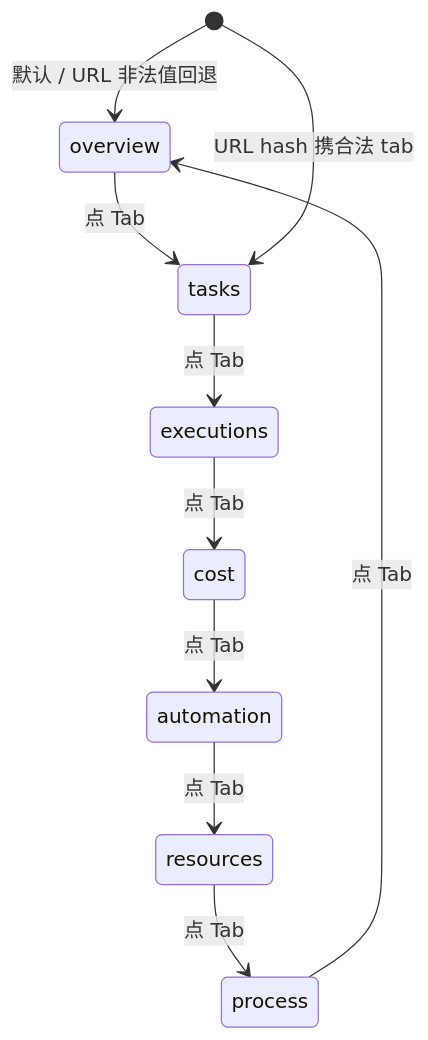
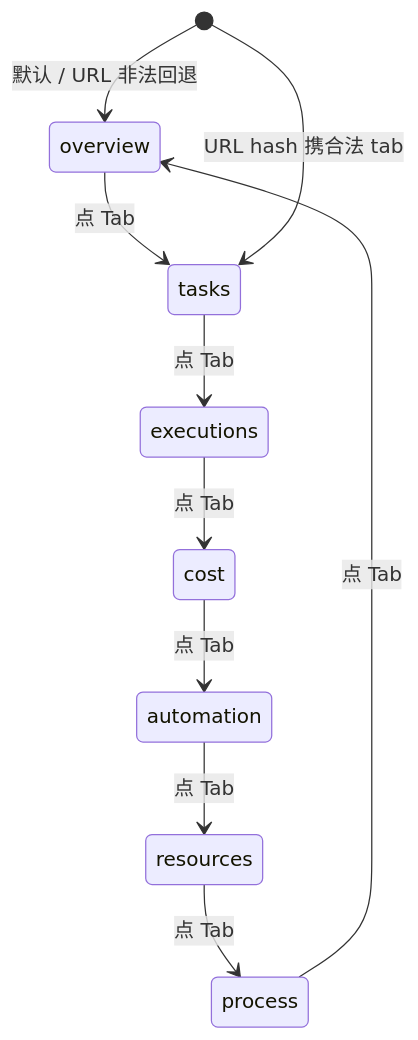
One commit to weibaohui/ntd changed the diagram in frontend/src/help/pages/dashboard-tab-switch.md. Above: the diagram before and after it, drawn with Mermaid. The commit also changed other lines of this file and 9 other files, not shown here.

````diff
--- a/frontend/src/help/pages/dashboard-tab-switch.md
+++ b/frontend/src/help/pages/dashboard-tab-switch.md
@@ -65,12 +23,12 @@
 ```mermaid
 stateDiagram-v2
-  [*] --> overview: 默认 / URL 非法值回退
+  [*] --> overview: 默认 / URL 非法回退
   overview --> tasks: 点 Tab
   tasks --> executions: 点 Tab
   executions --> cost: 点 Tab
   cost --> automation: 点 Tab
   automation --> resources: 点 Tab
   resources --> process: 点 Tab
   process --> overview: 点 Tab
   [*] --> tasks: URL hash 携合法 tab
 ```
````
